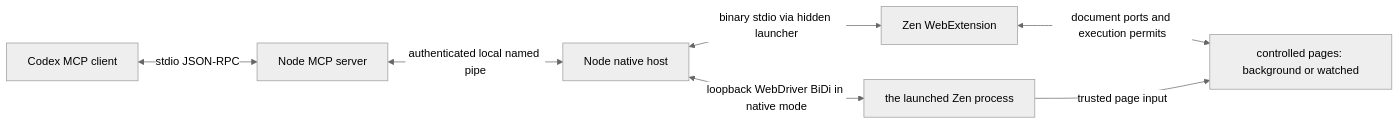
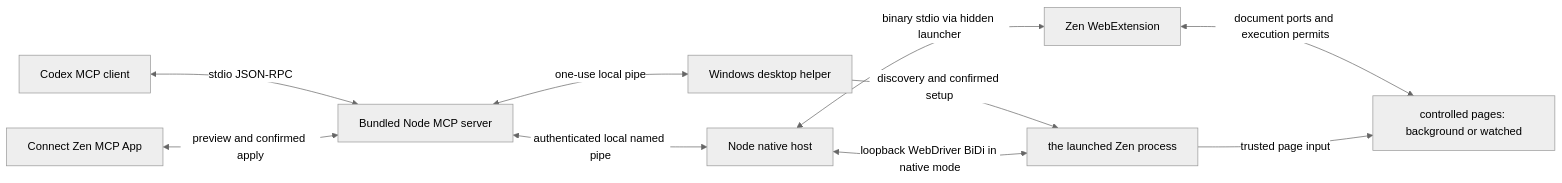
One commit to ReasonW6/codex-skill-marketplace changed the diagram in plugins/zen-browser/docs/ARCHITECTURE.md. Above: the diagram before and after it, drawn with Mermaid (neutral theme). The commit also changed other lines of this file and 51 other files, not shown here.

Commit message:
Add integrated Zen Browser connection flow and bundled runtime

````diff
--- a/plugins/zen-browser/docs/ARCHITECTURE.md
+++ b/plugins/zen-browser/docs/ARCHITECTURE.md
@@ -3,9 +3,12 @@
 ```mermaid
 flowchart LR
-    C[Codex MCP client] <-->|stdio JSON-RPC| M[Node MCP server]
+    C[Codex MCP client] <-->|stdio JSON-RPC| M[Bundled Node MCP server]
+    U[Connect Zen MCP App] <-->|preview and confirmed apply| M
+    M <-->|one-use local pipe| W[Windows desktop helper]
+    W -->|discovery and confirmed setup| Z
     M <-->|authenticated local named pipe| N[Node native host]
     N <-->|binary stdio via hidden launcher| E[Zen WebExtension]
     E <-->|document ports and execution permits| P[controlled pages: background or watched]
     N <-->|loopback WebDriver BiDi in native mode| Z[the launched Zen process]
     Z -->|trusted page input| P
 ```
````
